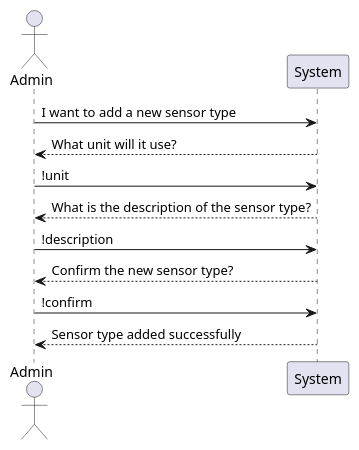
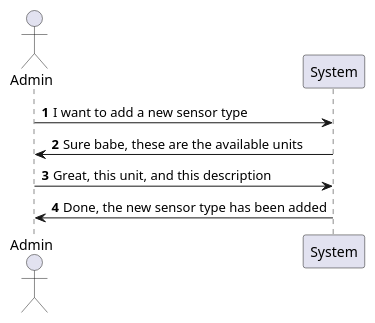
The diagram in docs/ooa/systemSequenceDiagram/US04AddSupportedSensorType.puml (olivDiogo/SmartHome), drawn with PlantUML before and after one commit. The commit also changed 2 other files, not shown here.

```diff
--- a/docs/ooa/systemSequenceDiagram/US04AddSupportedSensorType.puml
+++ b/docs/ooa/systemSequenceDiagram/US04AddSupportedSensorType.puml
@@ -1,18 +1,16 @@
 @startuml
 'As an Administrator, I want to have a list of existing rooms, so that I can choose
 'one to edit it.'
+
+!pragma layout smetana
+autonumber
 
 actor Admin
 participant System
 
 Admin -> System: I want to add a new sensor type
-System --> Admin: What unit will it use?
-Admin -> System: !unit
-System --> Admin: What is the description of the sensor type?
-Admin -> System: !description
-System --> Admin: Confirm the new sensor type?
-Admin -> System: !confirm
-System --> Admin: Sensor type added successfully
-
+System -> Admin: Sure babe, these are the available units
+Admin -> System: Great, this unit, and this description
+System -> Admin: Done, the new sensor type has been added
 
 @enduml
```
